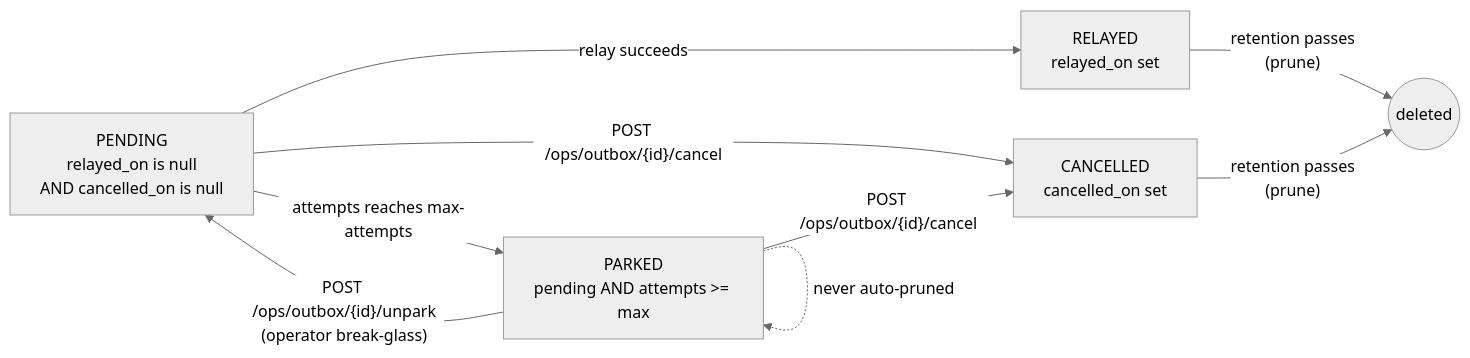
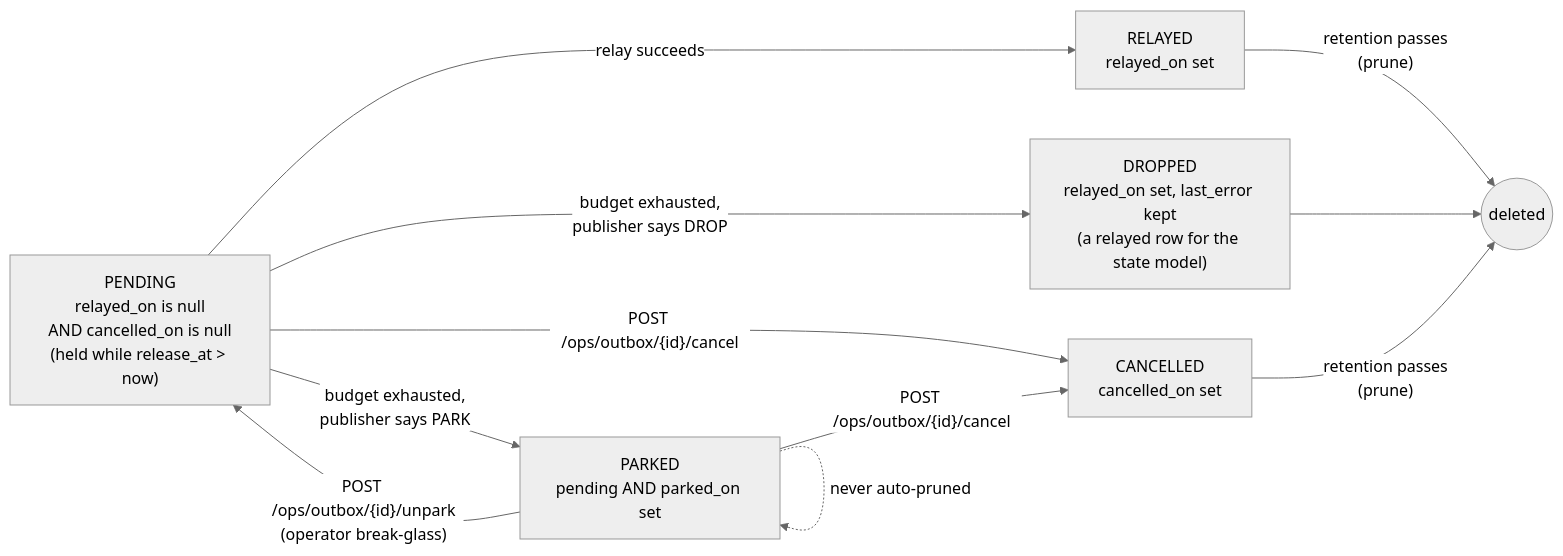
Before and after one commit to opentmf/opentmf-outbox-service: the second of 3 diagrams in README.md, drawn with Mermaid (neutral theme). The commit also changed other lines of this file and 39 other files, not shown here.

First line of the commit message:
The last gap-closing release (1.2.0): publisher policy, parked_on, reference, onboarding, ops parity, the release gate

````diff
--- a/README.md
+++ b/README.md
@@ -49,11 +55,13 @@
 ```mermaid
 flowchart LR
-    P["PENDING\nrelayed_on is null\nAND cancelled_on is null"] -->|"relay succeeds"| R["RELAYED\nrelayed_on set"]
-    P -->|"attempts reaches max-attempts"| K["PARKED\npending AND attempts >= max"]
+    P["PENDING\nrelayed_on is null\nAND cancelled_on is null\n(held while release_at > now)"] -->|"relay succeeds"| R["RELAYED\nrelayed_on set"]
+    P -->|"budget exhausted,\npublisher says PARK"| K["PARKED\npending AND parked_on set"]
+    P -->|"budget exhausted,\npublisher says DROP"| D["DROPPED\nrelayed_on set, last_error kept\n(a relayed row for the state model)"]
     K -->|"POST /ops/outbox/{id}/unpark\n(operator break-glass)"| P
     P -->|"POST /ops/outbox/{id}/cancel"| C["CANCELLED\ncancelled_on set"]
     K -->|"POST /ops/outbox/{id}/cancel"| C
     R -->|"retention passes\n(prune)"| G(("deleted"))
+    D --> G
     C -->|"retention passes\n(prune)"| G
     K -.->|"never auto-pruned"| K
 ```
````
